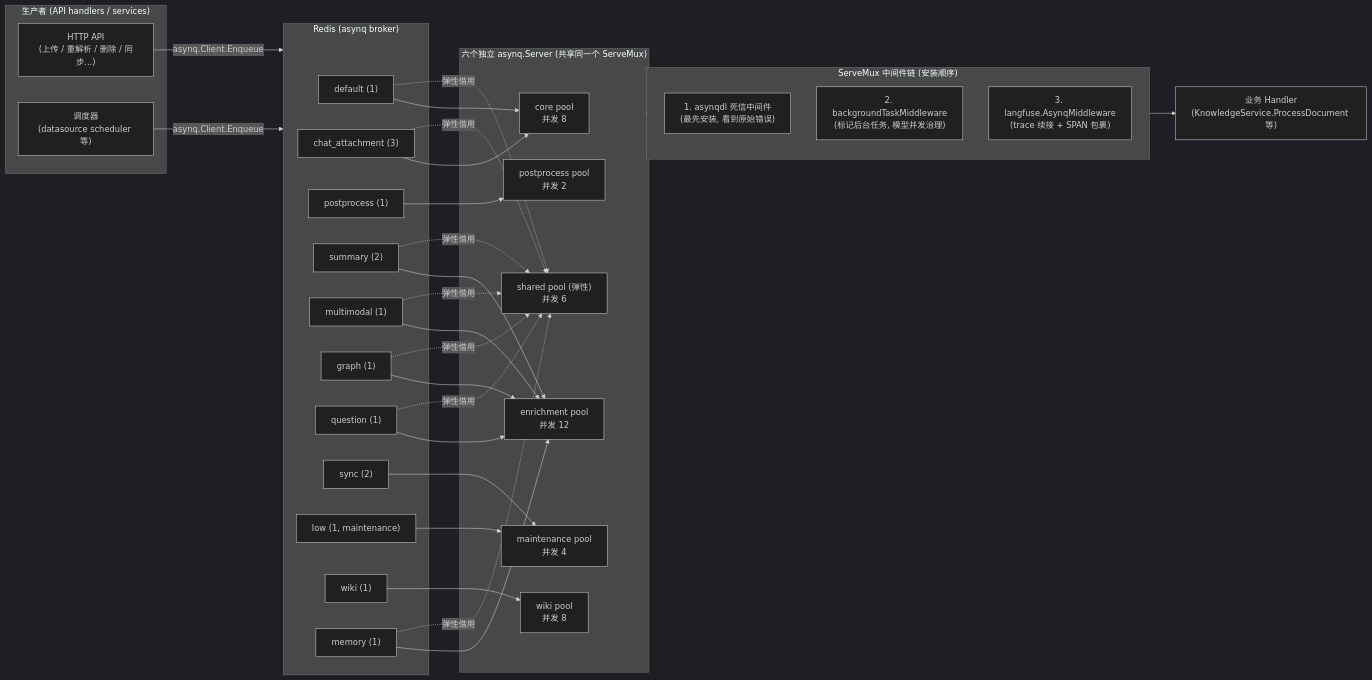
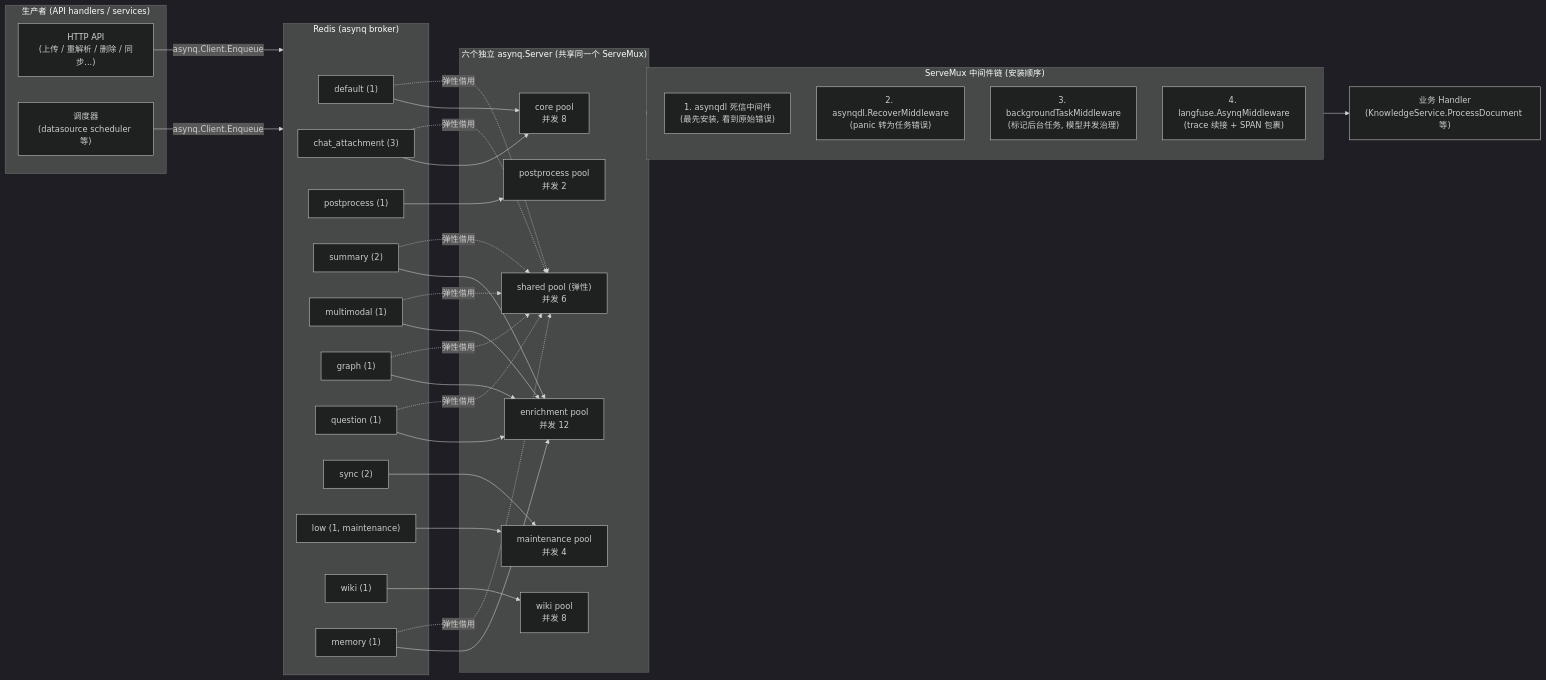
Before and after one commit to michadel/WeKnora: the first of 3 diagrams in website-docs/02-architecture/05-async-tasks.md, drawn with Mermaid (dark theme). The commit also changed other lines of this file and 125 other files, not shown here.

````diff
--- a/website-docs/02-architecture/05-async-tasks.md
+++ b/website-docs/02-architecture/05-async-tasks.md
@@ -118,58 +118,59 @@
 ```mermaid
 flowchart LR
     subgraph Producers["生产者 (API handlers / services)"]
         API["HTTP API<br/>(上传 / 重解析 / 删除 / 同步...)"]
         CRON["调度器<br/>(datasource scheduler 等)"]
     end
     API -->|"asynq.Client.Enqueue"| REDIS
     CRON -->|"asynq.Client.Enqueue"| REDIS
 
     subgraph REDIS["Redis (asynq broker)"]
         Q1["default (1)"]
         Q2["chat_attachment (3)"]
         Q3["postprocess (1)"]
         Q4["summary (2)"]
         Q5["multimodal (1)"]
         Q6["graph (1)"]
         Q7["question (1)"]
         Q8["sync (2)"]
         Q9["low (1, maintenance)"]
         Q10["wiki (1)"]
         Q11["memory (1)"]
     end
 
     subgraph Workers["六个独立 asynq.Server (共享同一个 ServeMux)"]
         CORE["core pool<br/>并发 8"]
         PP["postprocess pool<br/>并发 2"]
         EN["enrichment pool<br/>并发 12"]
         MT["maintenance pool<br/>并发 4"]
         SH["shared pool (弹性)<br/>并发 6"]
         WK["wiki pool<br/>并发 8"]
     end
 
     Q1 --> CORE
     Q2 --> CORE
     Q3 --> PP
     Q4 --> EN
     Q5 --> EN
     Q6 --> EN
     Q7 --> EN
     Q8 --> MT
     Q9 --> MT
     Q10 --> WK
     Q11 --> EN
     Q11 -. "弹性借用" .-> SH
     Q1 -. "弹性借用" .-> SH
     Q2 -. "弹性借用" .-> SH
     Q4 -. "弹性借用" .-> SH
     Q5 -. "弹性借用" .-> SH
     Q6 -. "弹性借用" .-> SH
     Q7 -. "弹性借用" .-> SH
 
     subgraph MW["ServeMux 中间件链 (安装顺序)"]
         M1["1. asynqdl 死信中间件<br/>(最先安装, 看到原始错误)"]
-        M2["2. backgroundTaskMiddleware<br/>(标记后台任务, 模型并发治理)"]
-        M3["3. langfuse.AsynqMiddleware<br/>(trace 续接 + SPAN 包裹)"]
+        M1b["2. asynqdl.RecoverMiddleware<br/>(panic 转为任务错误)"]
+        M2["3. backgroundTaskMiddleware<br/>(标记后台任务, 模型并发治理)"]
+        M3["4. langfuse.AsynqMiddleware<br/>(trace 续接 + SPAN 包裹)"]
     end
     Workers --> MW --> H["业务 Handler<br/>(KnowledgeService.ProcessDocument 等)"]
 ```
````
